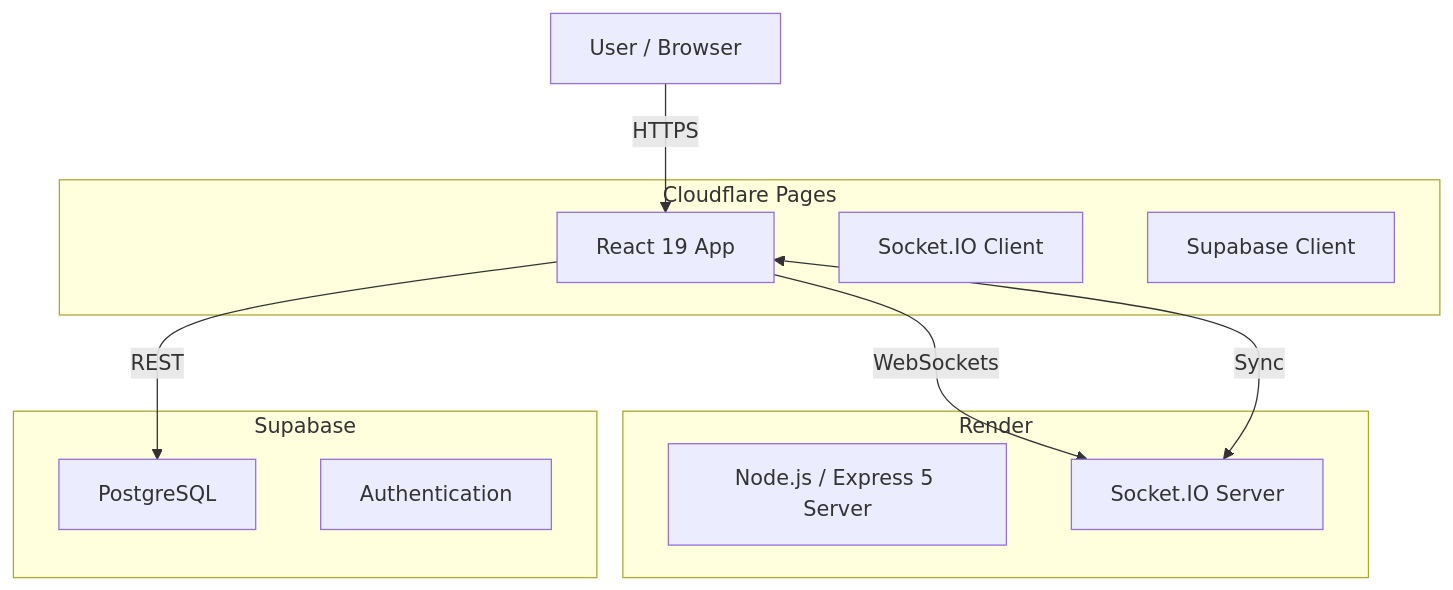
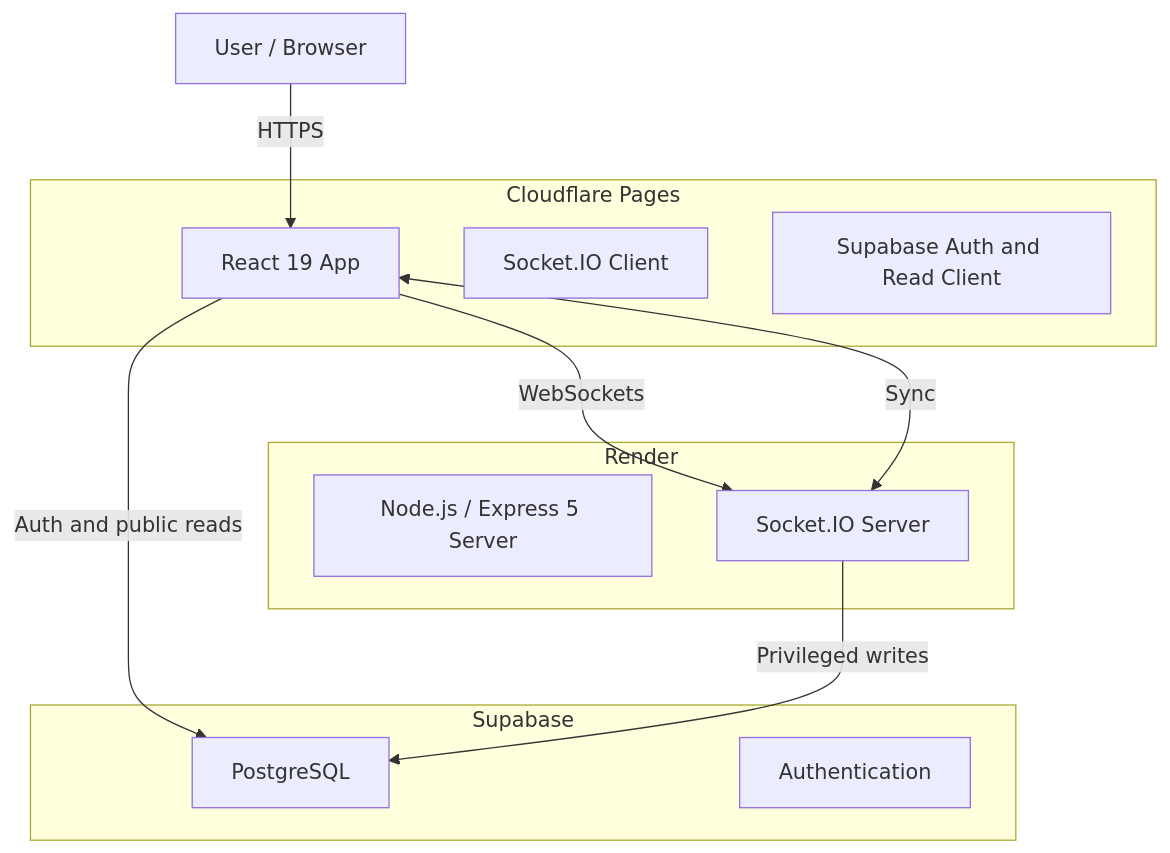
One commit to sotwat/xy-poker changed the diagram in README.md. Above: the diagram before and after it, drawn with Mermaid. The commit also changed other lines of this file and 1901 other files, not shown here.

````diff
--- a/README.md
+++ b/README.md
@@ -41,25 +41,26 @@
 ```mermaid
 graph TD
     User[User / Browser]
     
     subgraph Frontend [Cloudflare Pages]
         React[React 19 App]
         SocketClient[Socket.IO Client]
-        SupabaseClient[Supabase Client]
+        SupabaseClient[Supabase Auth and Read Client]
     end
     
     subgraph Backend [Render]
         NodeServer[Node.js / Express 5 Server]
         SocketServer[Socket.IO Server]
     end
     
     subgraph Database [Supabase]
         Postgres[PostgreSQL]
         Auth[Authentication]
     end
     
     User -->|HTTPS| React
     React -->|WebSockets| SocketServer
-    React -->|REST| Postgres
+    React -->|Auth and public reads| Postgres
+    SocketServer -->|Privileged writes| Postgres
     SocketServer <-->|Sync| React
 ```
````
